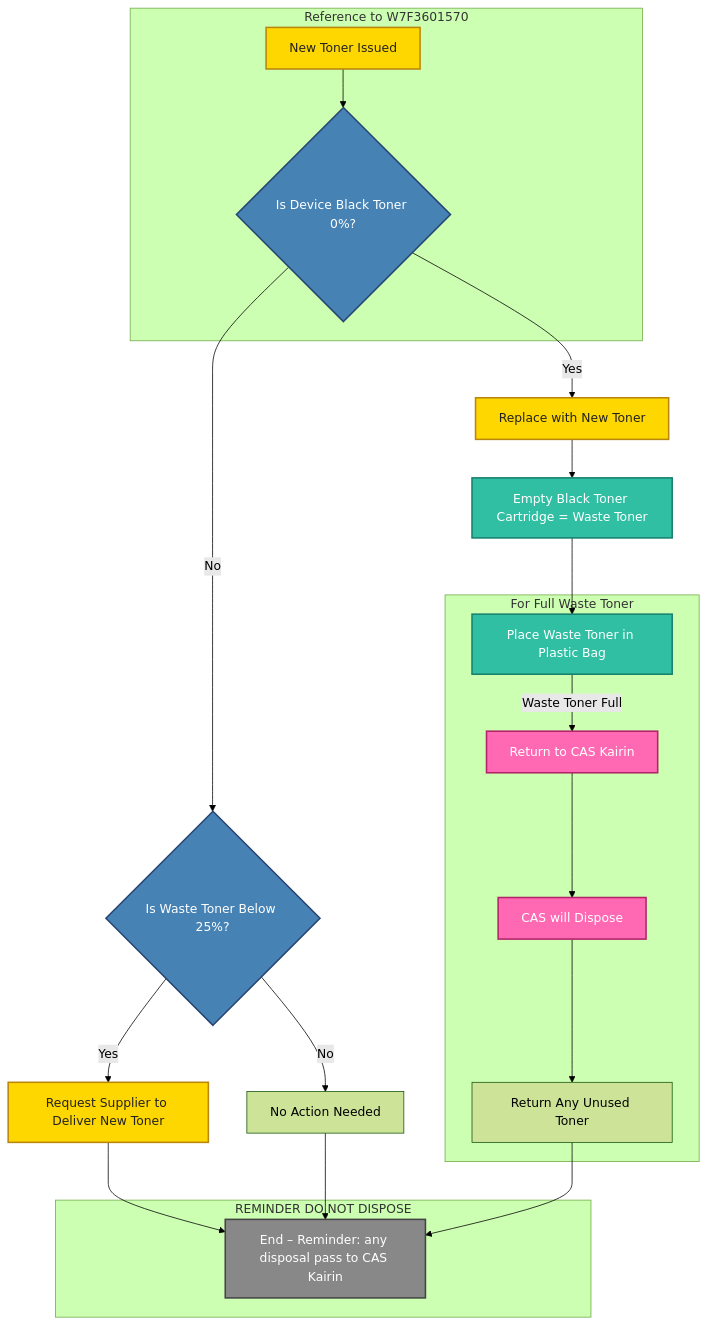
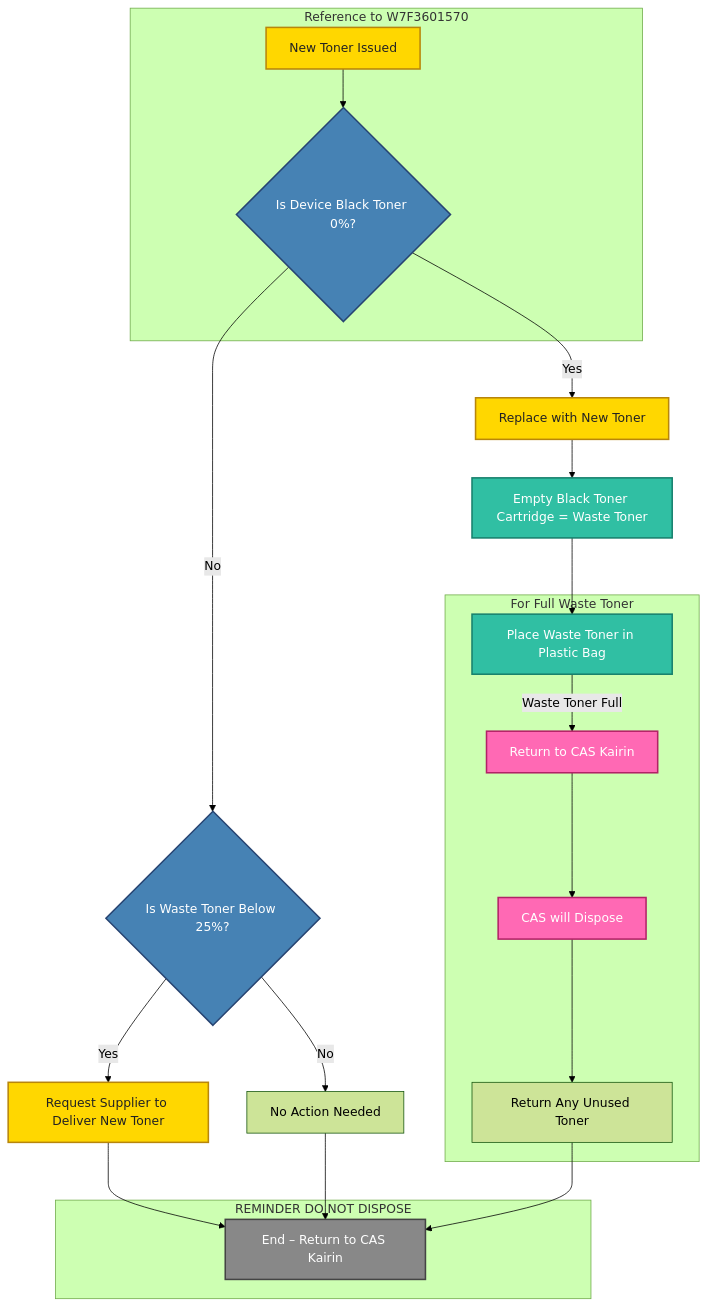
The diagram in CAS/Kyocera/disposal2.md (kairin/mermaid), drawn with Mermaid (forest theme) before and after one commit.

````diff
--- a/CAS/Kyocera/disposal2.md
+++ b/CAS/Kyocera/disposal2.md
@@ -1,48 +1,48 @@
 ```mermaid
 
 graph TD
     A[New Toner Issued] --> B{Is Device Black Toner 0%?}
     B -- Yes --> C[Replace with New Toner]
     C --> D[Empty Black Toner Cartridge = Waste Toner]
     D --> E[Place Waste Toner in Plastic Bag]
     B -- No --> L{Is Waste Toner Below 25%?}
     L -- Yes --> M[Request Supplier to Deliver New Toner]
-    M --> K[End – Reminder: any disposal pass to CAS Kairin]
+    M --> K[End – Return to CAS Kairin]
     L -- No --> J[No Action Needed]
     J --> K
     E -- Waste Toner Full --> G[Return to CAS Kairin]
     G --> H[CAS will Dispose]
     H --> I[Return Any Unused Toner]
     I --> K
 
     subgraph "Reference to W7F3601570"
         A
         B
     end
     subgraph "For Full Waste Toner"
         E
         G
         H
         I
     end
     subgraph "REMINDER DO NOT DISPOSE"
         K
     end
 
 
 
     %% Improved Class Definitions for Styling
     classDef important fill:#FFD700,stroke:#B8860B,stroke-width:2px,color:#222
     classDef decision fill:#4682B4,stroke:#274472,stroke-width:2px,color:#fff
     classDef process fill:#30bfa3,stroke:#17806D,stroke-width:2px,color:#fff
     classDef disposal fill:#FF69B4,stroke:#B22267,stroke-width:2px,color:#fff
     classDef endNode fill:#888888,stroke:#444444,stroke-width:2px,color:#fff
 
     %% Applying Classes to Nodes
     class A,C,M important
     class B,L decision
     class D,E process
     class G,H disposal
     class K endNode
 
 ```
````
